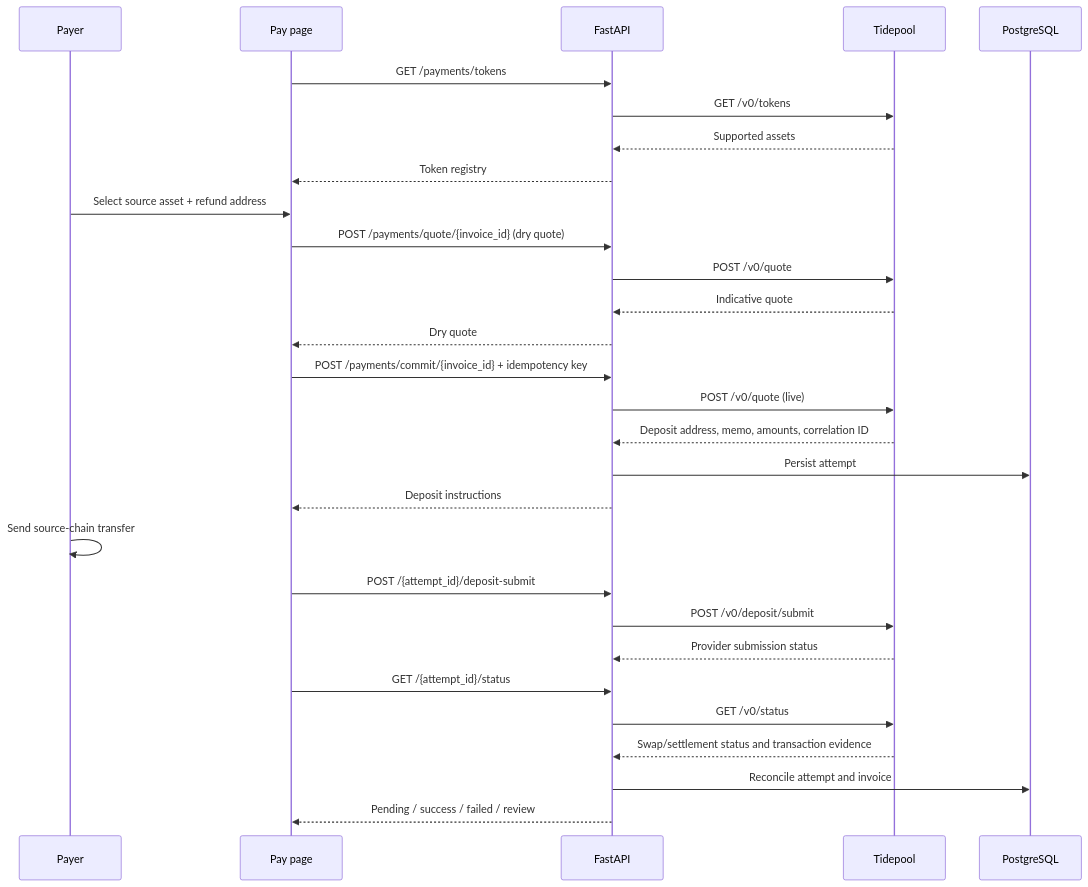
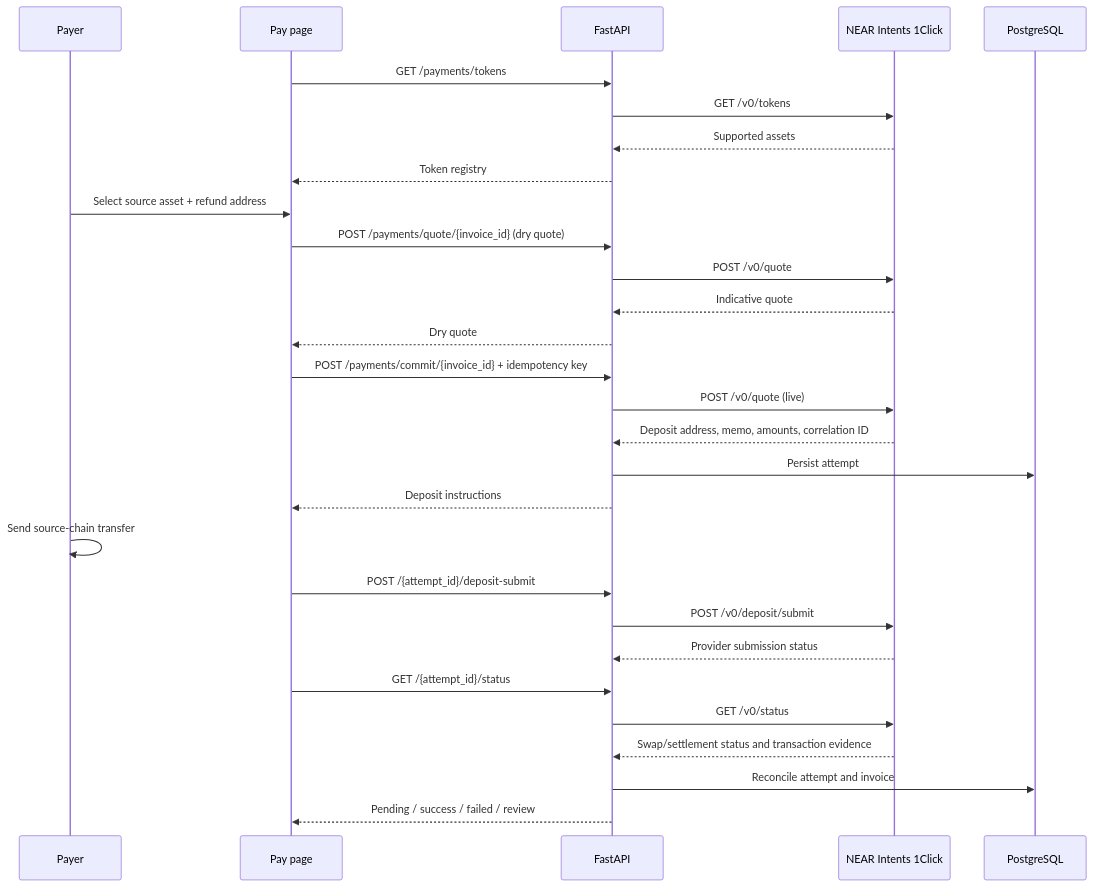
The fourth of 6 diagrams in docs/API_REFERENCE.md (Taufiq-ul-islam/payflow-on-near), drawn with Mermaid before and after one commit. The commit also changed other lines of this file and 17 other files, not shown here.

````diff
--- a/docs/API_REFERENCE.md
+++ b/docs/API_REFERENCE.md
@@ -458,32 +458,32 @@
 ```mermaid
 sequenceDiagram
     participant P as Payer
     participant UI as Pay page
     participant API as FastAPI
-    participant T as Tidepool
+    participant T as NEAR Intents 1Click
     participant DB as PostgreSQL
 
     UI->>API: GET /payments/tokens
     API->>T: GET /v0/tokens
     T-->>API: Supported assets
     API-->>UI: Token registry
     P->>UI: Select source asset + refund address
     UI->>API: POST /payments/quote/{invoice_id} (dry quote)
     API->>T: POST /v0/quote
     T-->>API: Indicative quote
     API-->>UI: Dry quote
     UI->>API: POST /payments/commit/{invoice_id} + idempotency key
     API->>T: POST /v0/quote (live)
     T-->>API: Deposit address, memo, amounts, correlation ID
     API->>DB: Persist attempt
     API-->>UI: Deposit instructions
     P->>P: Send source-chain transfer
     UI->>API: POST /{attempt_id}/deposit-submit
     API->>T: POST /v0/deposit/submit
     T-->>API: Provider submission status
     UI->>API: GET /{attempt_id}/status
     API->>T: GET /v0/status
     T-->>API: Swap/settlement status and transaction evidence
     API->>DB: Reconcile attempt and invoice
     API-->>UI: Pending / success / failed / review
 ```
````
